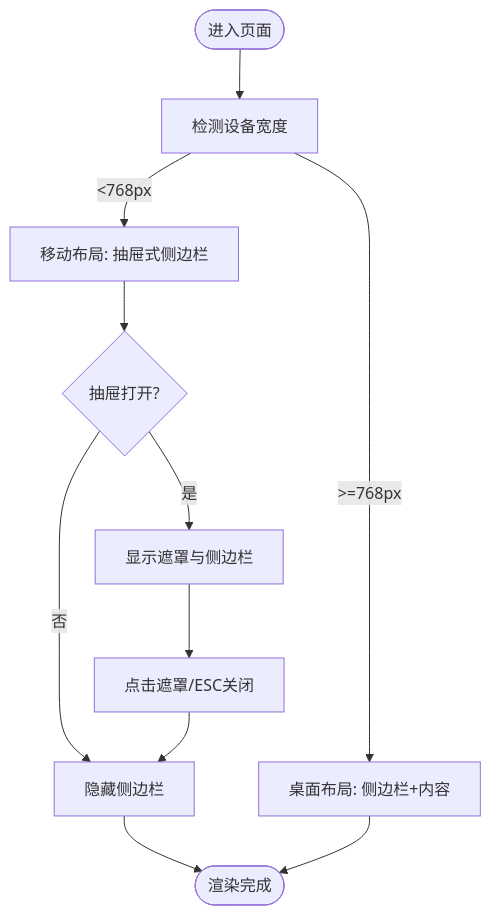
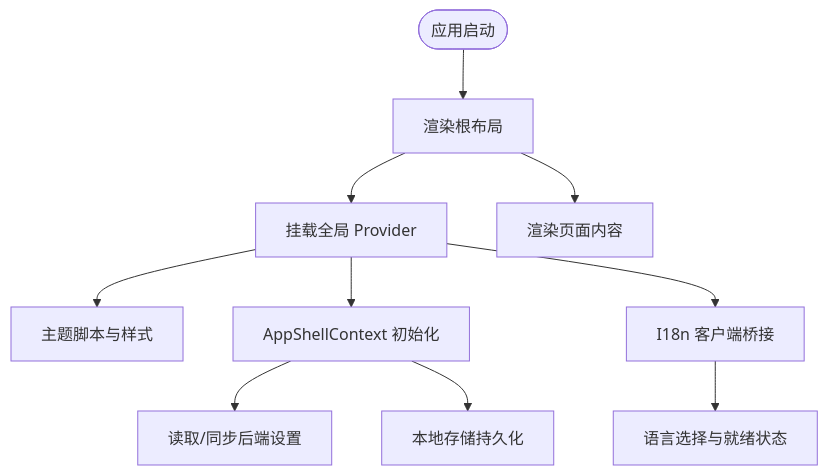
The third of 9 diagrams in .qoder/repowiki/zh/content/前端架构/前端架构.md (gongzili456/DeepTutor), drawn with Mermaid before and after one commit. The commit also changed other lines of this file and 1242 other files, not shown here.

````diff
--- a/.qoder/repowiki/zh/content/前端架构/前端架构.md
+++ b/.qoder/repowiki/zh/content/前端架构/前端架构.md
@@ -187,13 +131,12 @@
 ```mermaid
 flowchart TD
-Start(["进入页面"]) --> Detect["检测设备宽度"]
-Detect --> |>=768px| Desktop["桌面布局: 侧边栏+内容"]
-Detect --> |<768px| Mobile["移动布局: 抽屉式侧边栏"]
-Mobile --> DrawerOpen{"抽屉打开?"}
-DrawerOpen --> |是| ShowDrawer["显示遮罩与侧边栏"]
-DrawerOpen --> |否| HideDrawer["隐藏侧边栏"]
-ShowDrawer --> CloseAction["点击遮罩/ESC关闭"]
-HideDrawer --> End(["渲染完成"])
-CloseAction --> HideDrawer
-Desktop --> End
+Start(["应用启动"]) --> RootLayout["渲染根布局"]
+RootLayout --> Providers["挂载全局 Provider"]
+Providers --> Theme["主题脚本与样式"]
+Providers --> Shell["AppShellContext 初始化"]
+Providers --> I18n["I18n 客户端桥接"]
+Shell --> Settings["读取/同步后端设置"]
+Shell --> Storage["本地存储持久化"]
+I18n --> Lang["语言选择与就绪状态"]
+RootLayout --> Children["渲染页面内容"]
 ```
````
